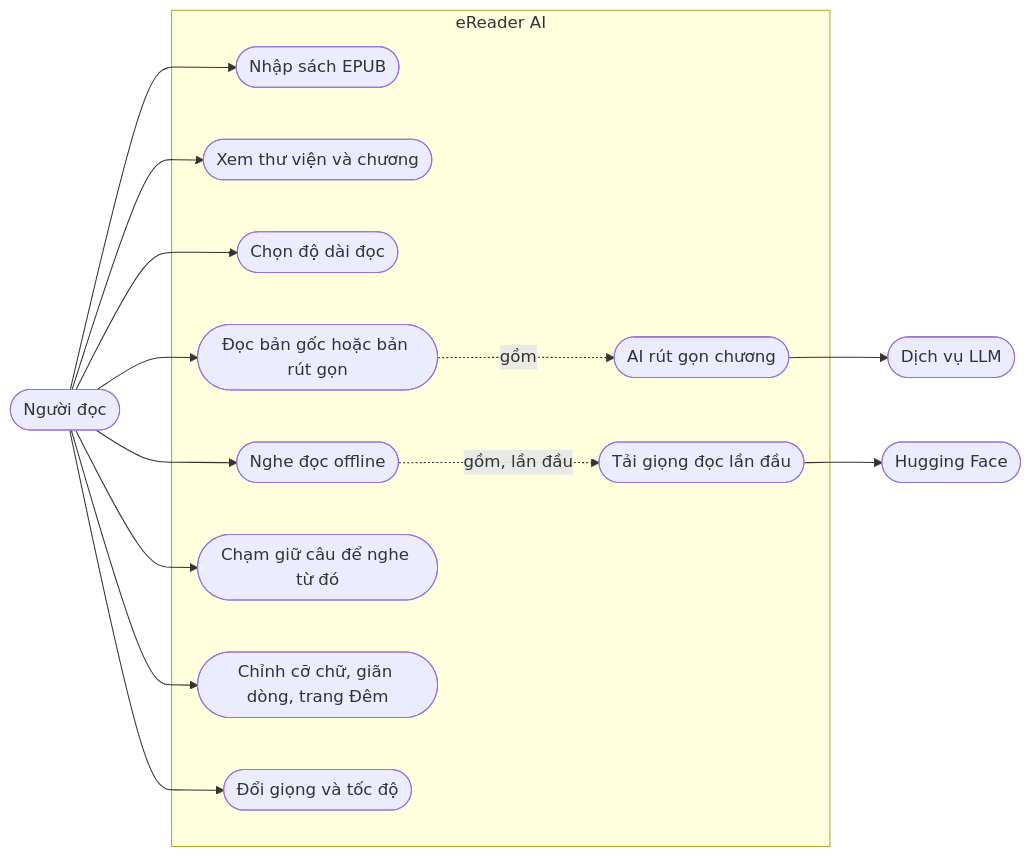
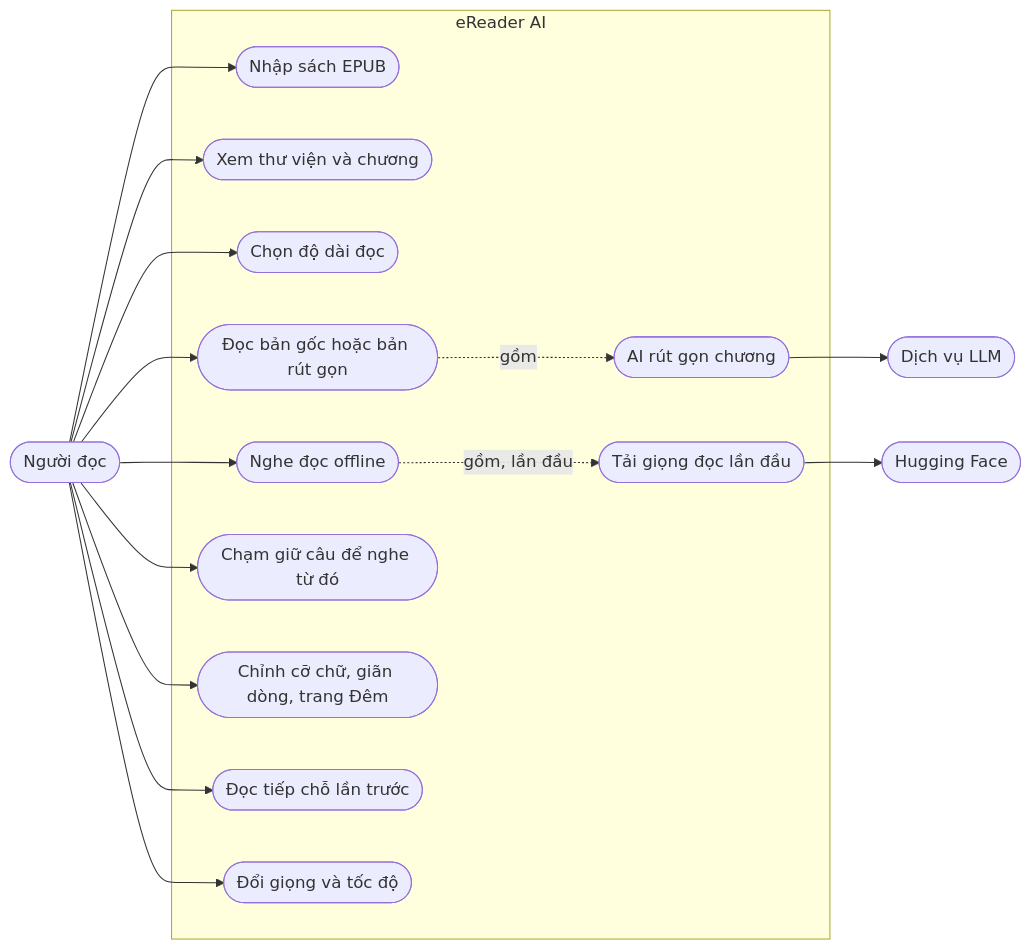
One commit to tinwritescode/ereader-ai changed the first of 2 diagrams in README.vi.md. Above: the diagram before and after it, drawn with Mermaid. The commit also changed other lines of this file and 17 other files, not shown here.

````diff
--- a/README.vi.md
+++ b/README.vi.md
@@ -15,33 +15,35 @@
 ```mermaid
 flowchart LR
     reader(["Người đọc"])
     llm(["Dịch vụ LLM"])
     hf(["Hugging Face"])
 
     subgraph app["eReader AI"]
         import(["Nhập sách EPUB"])
         browse(["Xem thư viện và chương"])
         length(["Chọn độ dài đọc"])
         read(["Đọc bản gốc hoặc bản rút gọn"])
         shorten(["AI rút gọn chương"])
         listen(["Nghe đọc offline"])
         pick(["Chạm giữ câu để nghe từ đó"])
         look(["Chỉnh cỡ chữ, giãn dòng, trang Đêm"])
+        resume(["Đọc tiếp chỗ lần trước"])
         download(["Tải giọng đọc lần đầu"])
         tune(["Đổi giọng và tốc độ"])
     end
 
     reader --> import
     reader --> browse
     reader --> length
     reader --> read
     reader --> listen
     reader --> pick
     reader --> look
+    reader --> resume
     reader --> tune
 
     read -. "gồm" .-> shorten
     listen -. "gồm, lần đầu" .-> download
     shorten --> llm
     download --> hf
 ```
````
